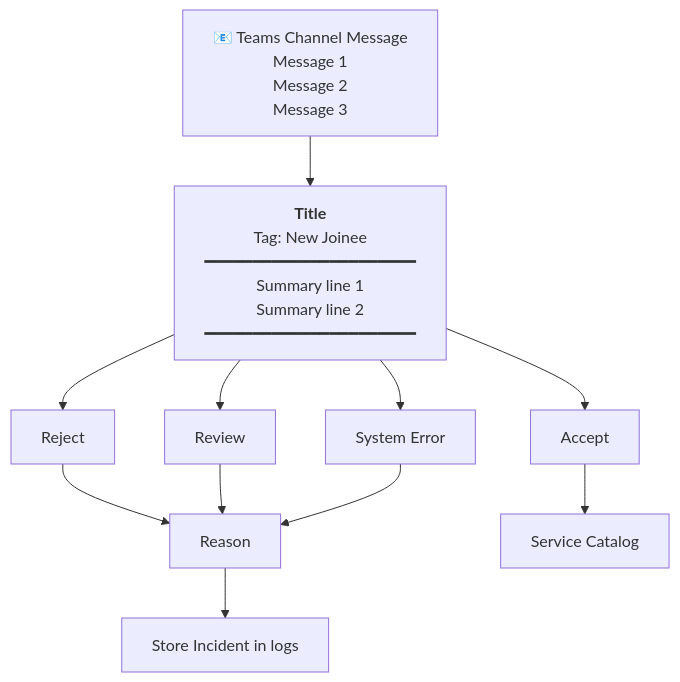
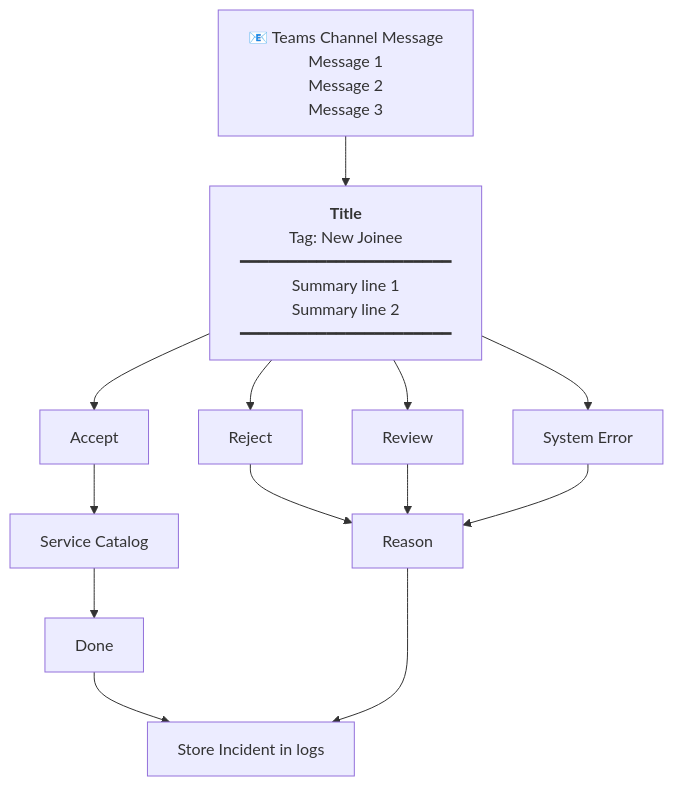
One commit to rajacsp/mermaid-public-samples changed the first of 2 diagrams in email5.md. Above: the diagram before and after it, drawn with Mermaid. The commit also changed other lines of this file and 1 other file, not shown here.

````diff
--- a/email5.md
+++ b/email5.md
@@ -5,27 +5,31 @@
 ```mermaid
 graph TD
     INBOX["📧 Teams Channel Message<br/>Message 1<br/>Message 2<br/>Message 3"]
     
     EXTRACT["<b>Title</b><br/>Tag: New Joinee<br/>━━━━━━━━━━━━━━━━━━━━━━<br/>Summary line 1<br/>Summary line 2<br/>━━━━━━━━━━━━━━━━━━━━━━"]
     
     ACCEPT["Accept"]
     REJECT["Reject"]
     REVIEW["Review"]
     ERROR["System Error"]
     
     REASON1["Reason"]
     REASON2["Store Incident in logs"]
     
+    DONE["Done"]
+    
     PROCESS["Service Catalog"]
     
     INBOX --> EXTRACT
     EXTRACT --> ACCEPT
     EXTRACT --> REJECT
     EXTRACT --> REVIEW
     EXTRACT --> ERROR
     ACCEPT --> PROCESS
+    PROCESS --> DONE
+    DONE --> REASON2
     REJECT --> REASON1
     REASON1 --> REASON2
     REVIEW --> REASON1
     ERROR --> REASON1
 ```
````
